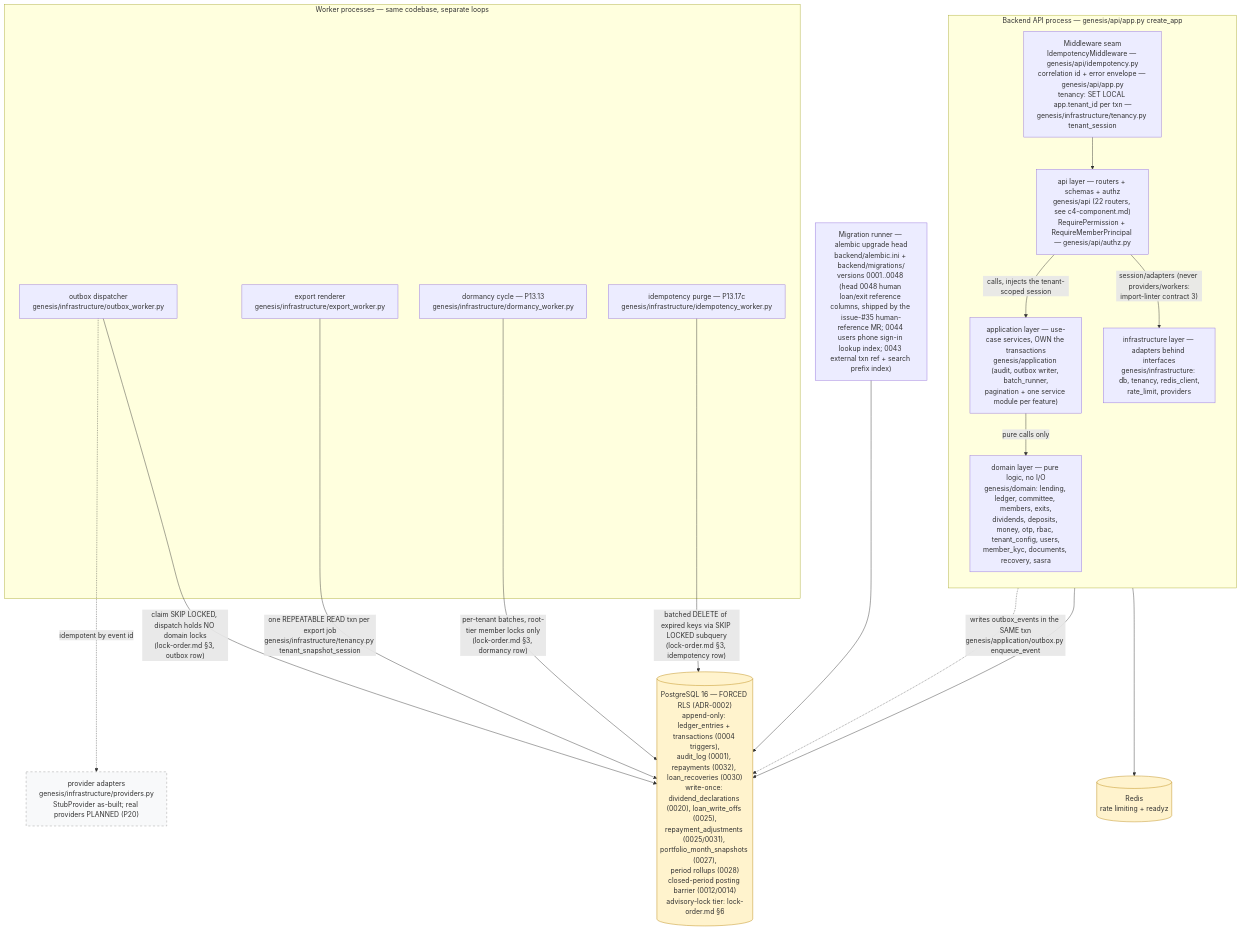
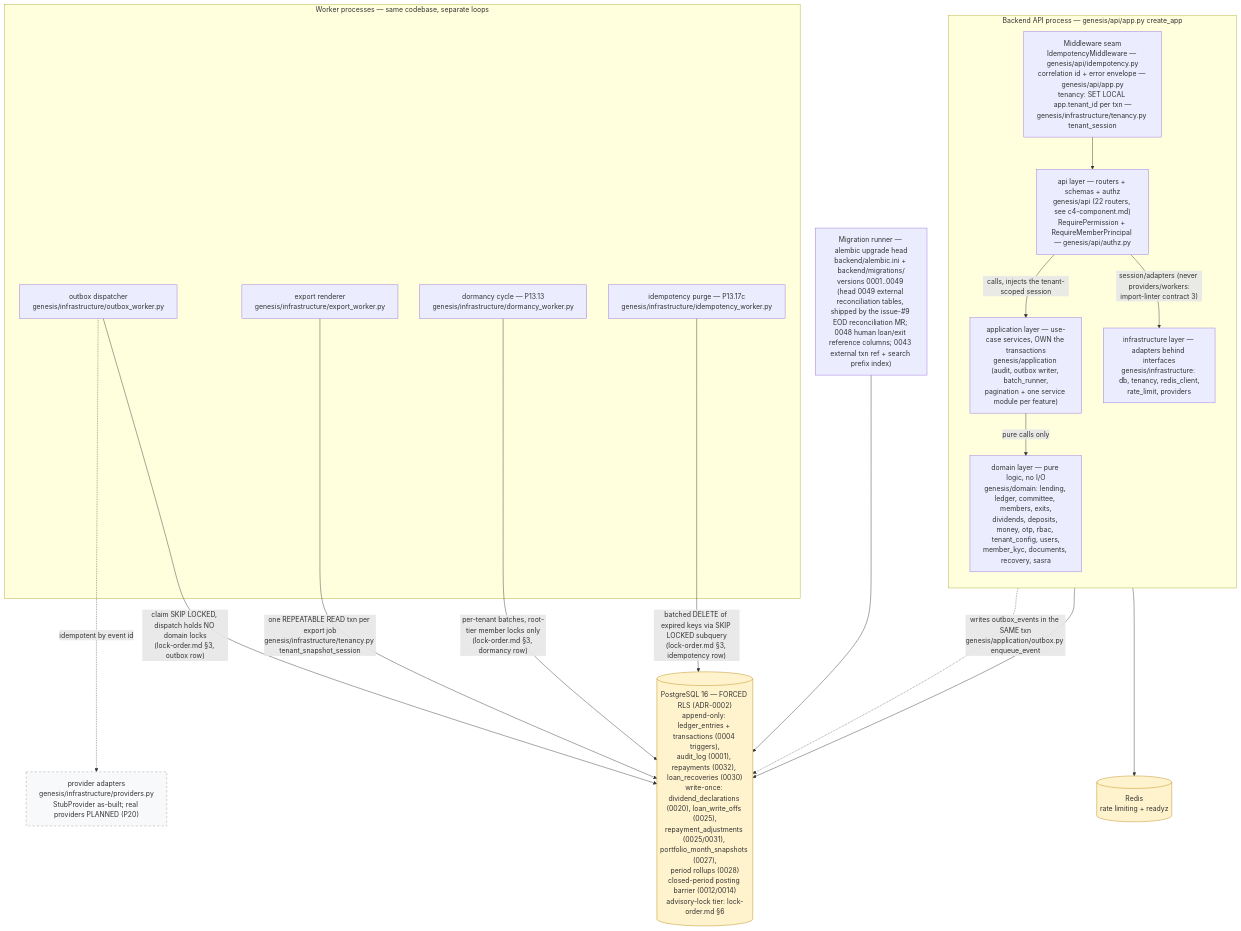
Before and after one commit to Benson-Kim/genesis-sacco-core: the diagram in docs/diagrams/c4-container.md, drawn with Mermaid. The commit also changed other lines of this file and 2 other files, not shown here.

First line of the commit message:
docs(diagrams): refresh C4 head citations and ERD for migration 0049

````diff
--- a/docs/diagrams/c4-container.md
+++ b/docs/diagrams/c4-container.md
@@ -82,45 +88,45 @@
 ```mermaid
 flowchart TB
     %% Authored against main @ 08541b860f1445b16c342c39b6606d86b9dbeb17
     %% L2 containers — layering per backend/pyproject.toml [tool.importlinter].
 
     subgraph BE["Backend API process — genesis/api/app.py create_app"]
         direction TB
         MW["Middleware seam<br/>IdempotencyMiddleware — genesis/api/idempotency.py<br/>correlation id + error envelope — genesis/api/app.py<br/>tenancy: SET LOCAL app.tenant_id per txn —<br/>genesis/infrastructure/tenancy.py tenant_session"]
         APIL["api layer — routers + schemas + authz<br/>genesis/api (22 routers, see c4-component.md)<br/>RequirePermission + RequireMemberPrincipal — genesis/api/authz.py"]
         APPL["application layer — use-case services, OWN the transactions<br/>genesis/application (audit, outbox writer, batch_runner,<br/>pagination + one service module per feature)"]
         DOM["domain layer — pure logic, no I/O<br/>genesis/domain: lending, ledger, committee, members, exits,<br/>dividends, deposits, money, otp, rbac, tenant_config, users,<br/>member_kyc, documents, recovery, sasra"]
         INF["infrastructure layer — adapters behind interfaces<br/>genesis/infrastructure: db, tenancy, redis_client,<br/>rate_limit, providers"]
         MW --> APIL
         APIL -->|"calls, injects the tenant-scoped session"| APPL
         APPL -->|"pure calls only"| DOM
         APIL -->|"session/adapters (never providers/workers:<br/>import-linter contract 3)"| INF
     end
 
     subgraph WK["Worker processes — same codebase, separate loops"]
         OBW["outbox dispatcher<br/>genesis/infrastructure/outbox_worker.py"]
         EXW["export renderer<br/>genesis/infrastructure/export_worker.py"]
         DMW["dormancy cycle — P13.13<br/>genesis/infrastructure/dormancy_worker.py"]
         IDW["idempotency purge — P13.17c<br/>genesis/infrastructure/idempotency_worker.py"]
     end
 
-    MIG["Migration runner — alembic upgrade head<br/>backend/alembic.ini + backend/migrations/<br/>versions 0001..0048 (head 0048 human loan/exit reference columns, shipped by the issue-#35 human-reference MR; 0044 users phone sign-in lookup index; 0043 external txn ref + search prefix index)"]
+    MIG["Migration runner — alembic upgrade head<br/>backend/alembic.ini + backend/migrations/<br/>versions 0001..0049 (head 0049 external reconciliation tables, shipped by the issue-#9 EOD reconciliation MR; 0048 human loan/exit reference columns; 0043 external txn ref + search prefix index)"]
 
     PG[("PostgreSQL 16 — FORCED RLS (ADR-0002)<br/>append-only: ledger_entries + transactions (0004 triggers),<br/>audit_log (0001), repayments (0032), loan_recoveries (0030)<br/>write-once: dividend_declarations (0020), loan_write_offs (0025),<br/>repayment_adjustments (0025/0031), portfolio_month_snapshots (0027),<br/>period rollups (0028)<br/>closed-period posting barrier (0012/0014)<br/>advisory-lock tier: lock-order.md §6")]
     RD[("Redis<br/>rate limiting + readyz")]
 
     APPL -.->|"writes outbox_events in the SAME txn<br/>genesis/application/outbox.py enqueue_event"| PG
     INF --> PG
     INF --> RD
     OBW -->|"claim SKIP LOCKED, dispatch holds NO domain locks<br/>(lock-order.md §3, outbox row)"| PG
     EXW -->|"one REPEATABLE READ txn per export job<br/>genesis/infrastructure/tenancy.py tenant_snapshot_session"| PG
     DMW -->|"per-tenant batches, root-tier member locks only<br/>(lock-order.md §3, dormancy row)"| PG
     IDW -->|"batched DELETE of expired keys via SKIP LOCKED subquery<br/>(lock-order.md §3, idempotency row)"| PG
     OBW -.->|"idempotent by event id"| PROV["provider adapters<br/>genesis/infrastructure/providers.py<br/>StubProvider as-built; real providers PLANNED (P20)"]
     MIG --> PG
 
     classDef store fill:#fff3cd,stroke:#b8860b;
     class PG,RD store;
     classDef planned fill:#f8f9fa,stroke:#999,stroke-dasharray: 5 5;
     class PROV planned;
 ```
````
